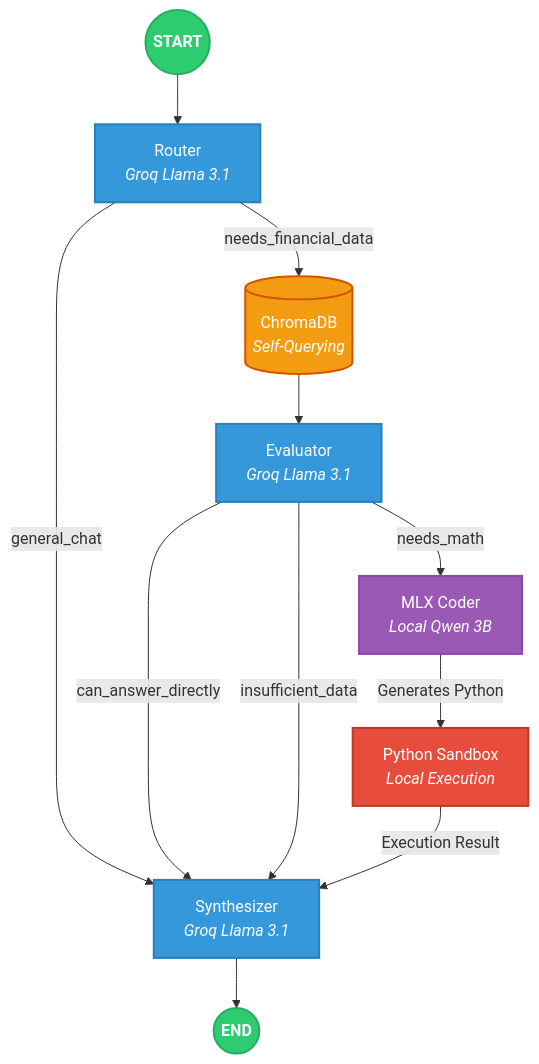
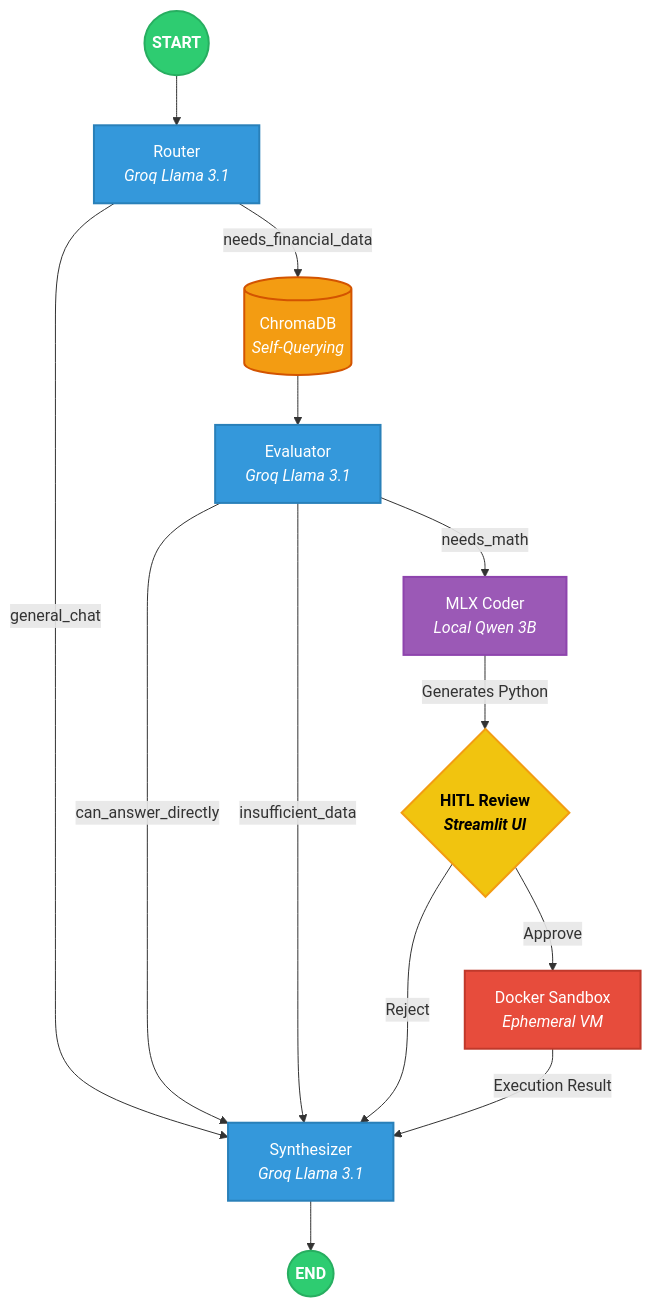
One commit to marcolacagnina/Agentic-Auditor changed the diagram in README.md. Above: the diagram before and after it, drawn with Mermaid. The commit also changed other lines of this file, not shown here.

````diff
--- a/README.md
+++ b/README.md
@@ -28,37 +33,41 @@
 ```mermaid
 graph TD
     %% Styling
     classDef start_end fill:#2ecc71,stroke:#27ae60,stroke-width:2px,color:white,font-weight:bold;
     classDef cloud_llm fill:#3498db,stroke:#2980b9,stroke-width:2px,color:white;
     classDef local_llm fill:#9b59b6,stroke:#8e44ad,stroke-width:2px,color:white;
     classDef db fill:#f39c12,stroke:#d35400,stroke-width:2px,color:white;
     classDef tool fill:#e74c3c,stroke:#c0392b,stroke-width:2px,color:white;
+    classDef human fill:#f1c40f,stroke:#f39c12,stroke-width:2px,color:black,font-weight:bold;
 
     %% Nodes
     START((START)):::start_end
     END((END)):::start_end
     
     router[Router<br><i>Groq Llama 3.1</i>]:::cloud_llm
     retrieve[(ChromaDB<br><i>Self-Querying</i>)]:::db
     evaluator[Evaluator<br><i>Groq Llama 3.1</i>]:::cloud_llm
     coder[MLX Coder<br><i>Local Qwen 3B</i>]:::local_llm
-    sandbox[Python Sandbox<br><i>Local Execution</i>]:::tool
+    human_review{HITL Review<br><i>Streamlit UI</i>}:::human
+    sandbox[Docker Sandbox<br><i>Ephemeral VM</i>]:::tool
     synthesizer[Synthesizer<br><i>Groq Llama 3.1</i>]:::cloud_llm
 
     %% Edges
     START --> router
     
     router -- "general_chat" --> synthesizer
     router -- "needs_financial_data" --> retrieve
     
     retrieve --> evaluator
     
     evaluator -- "needs_math" --> coder
     evaluator -- "can_answer_directly" --> synthesizer
     evaluator -- "insufficient_data" --> synthesizer
     
-    coder --> |"Generates Python"| sandbox
+    coder --> |"Generates Python"| human_review
+    human_review -- "Approve" --> sandbox
+    human_review -- "Reject" --> synthesizer
     sandbox --> |"Execution Result"| synthesizer
     
     synthesizer --> END
 ```
````
